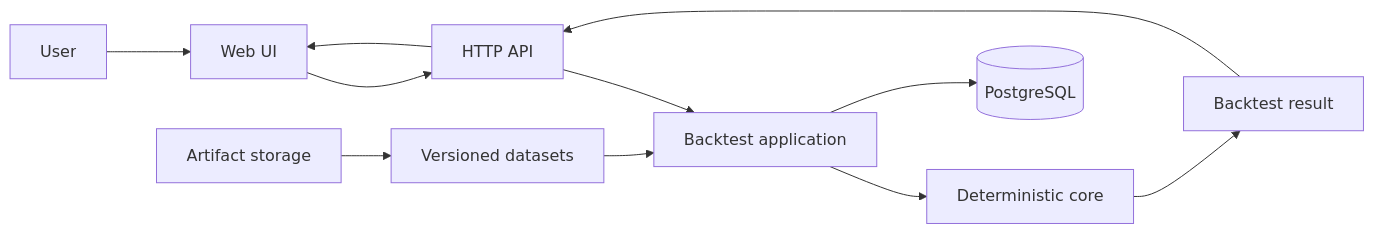
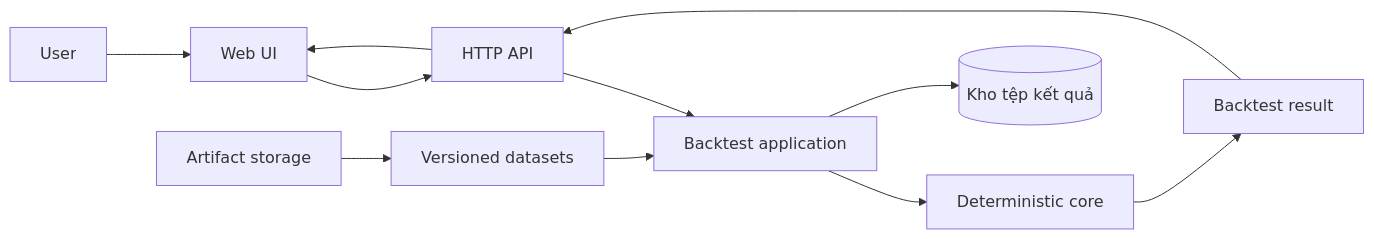
One commit to trivo-de/back-testing changed the first of 5 diagrams in docs/design/system-design.md. Above: the diagram before and after it, drawn with Mermaid. The commit also changed other lines of this file and 19 other files, not shown here.

Commit message:
refactor: remove PostgreSQL backend and simplify file-based storage and Docker setup

````diff
--- a/docs/design/system-design.md
+++ b/docs/design/system-design.md
@@ -68,13 +68,13 @@
 ```mermaid
 flowchart LR
     U[User] --> W[Web UI]
     W --> API[HTTP API]
     API --> A[Backtest application]
     D[Versioned datasets] --> A
     A --> C[Deterministic core]
     C --> R[Backtest result]
-    A --> P[(PostgreSQL)]
+    A --> F[(Kho tệp kết quả)]
     O[Artifact storage] --> D
     R --> API
     API --> W
 ```
````
